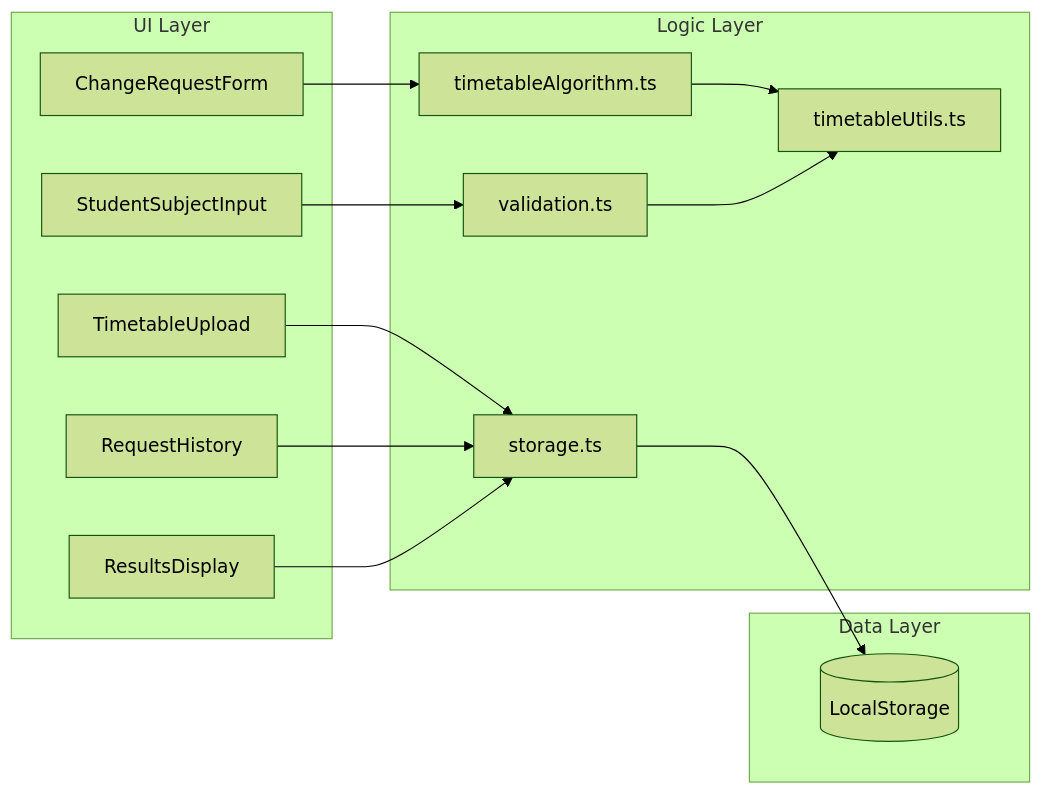
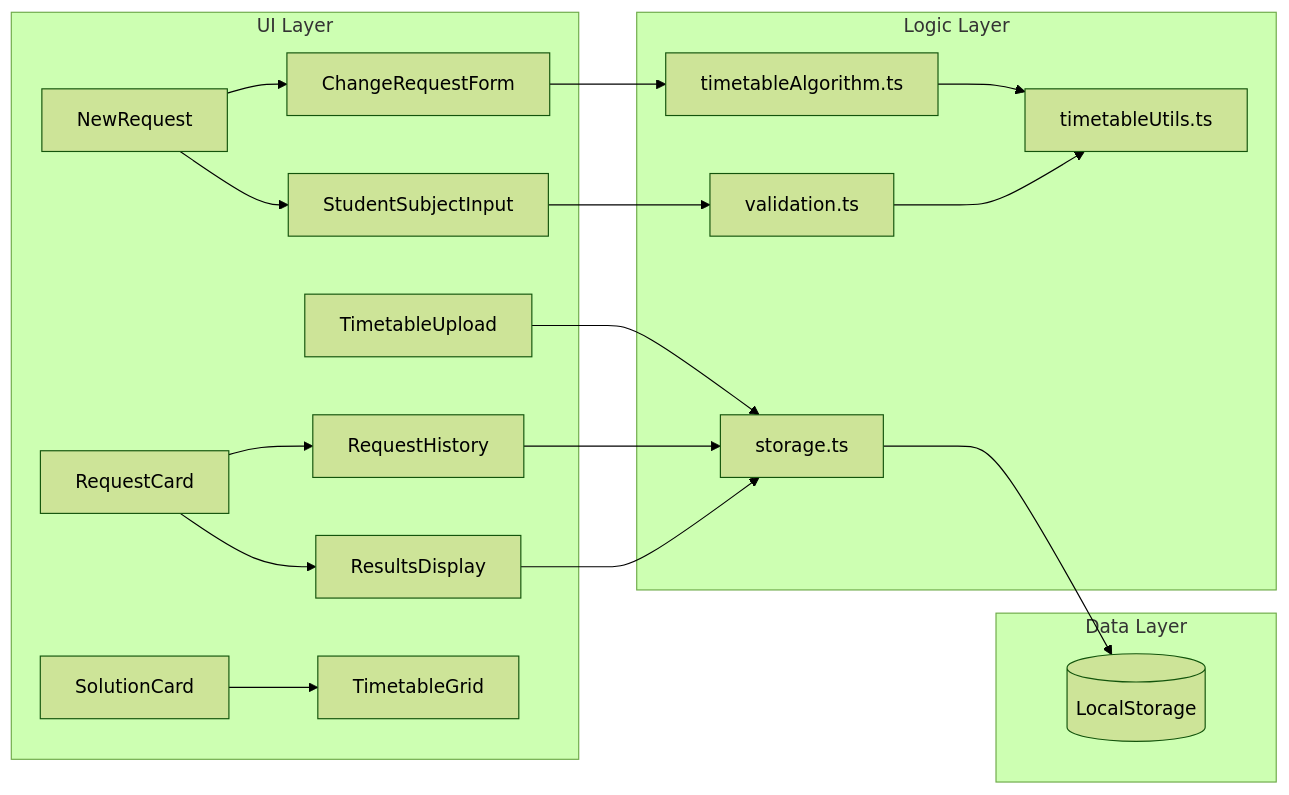
Before and after one commit to viv-li/griddle-me-this: the diagram in plan.md, drawn with Mermaid (forest theme). The commit also changed other lines of this file and 7 other files, not shown here.

````diff
--- a/plan.md
+++ b/plan.md
@@ -5,30 +5,39 @@
 ```mermaid
 flowchart LR
     subgraph ui [UI Layer]
         Upload[TimetableUpload]
         History[RequestHistory]
         Input[StudentSubjectInput]
         Form[ChangeRequestForm]
         Results[ResultsDisplay]
+        NewReq[NewRequest]
+        Cards[RequestCard]
+        Solution[SolutionCard]
+        Grid[TimetableGrid]
     end
 
     subgraph logic [Logic Layer]
         Algorithm[timetableAlgorithm.ts]
         Utils[timetableUtils.ts]
         Validation[validation.ts]
         Storage[storage.ts]
     end
 
     subgraph data [Data Layer]
         LS[(LocalStorage)]
     end
 
     Upload --> Storage
     History --> Storage
     Input --> Validation
     Form --> Algorithm
     Algorithm --> Utils
     Validation --> Utils
     Results --> Storage
     Storage --> LS
+    NewReq --> Input
+    NewReq --> Form
+    Cards --> History
+    Cards --> Results
+    Solution --> Grid
 ```
````
